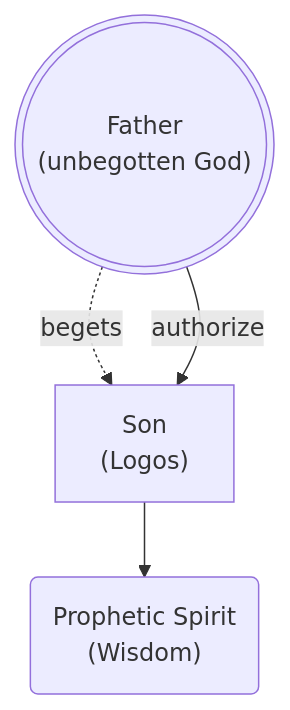
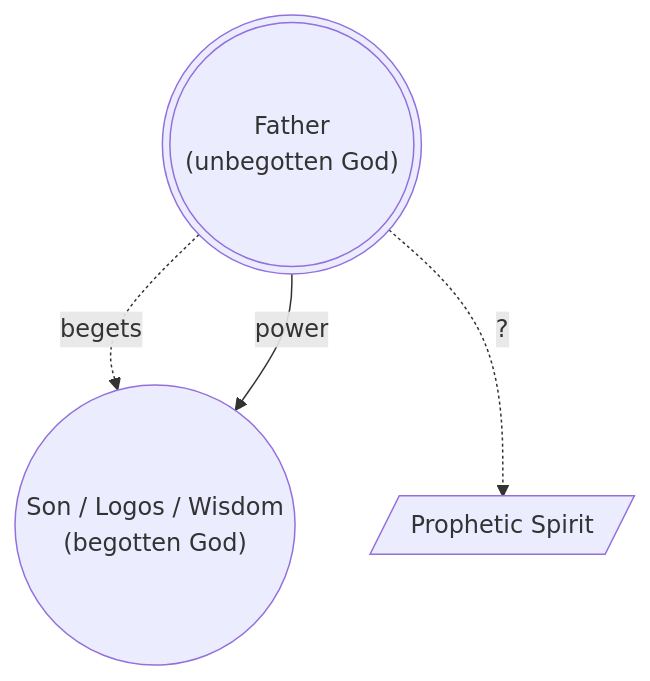
The second of 8 diagrams in trinity.md (life-and-dev/son), drawn with Mermaid before and after one commit. The commit also changed other lines of this file, not shown here.

````diff
--- a/trinity.md
+++ b/trinity.md
@@ -98,11 +98,11 @@
 ```mermaid
 graph TD
     Father((("Father\n(unbegotten God)")))
-    Logos["Son\n(Logos)"]
-    Spirit("Prophetic Spirit\n(Wisdom)")
+    Logos(("Son / Logos / Wisdom\n(begotten God)"))
+    Spirit[/"Prophetic Spirit"/]
 
     Father -.-> |begets| Logos
-    Father --> |authorize| Logos 
+    Father --> |power| Logos 
 
-    Logos --> Spirit
+    Father -.-> |"?"| Spirit
 ```
````
